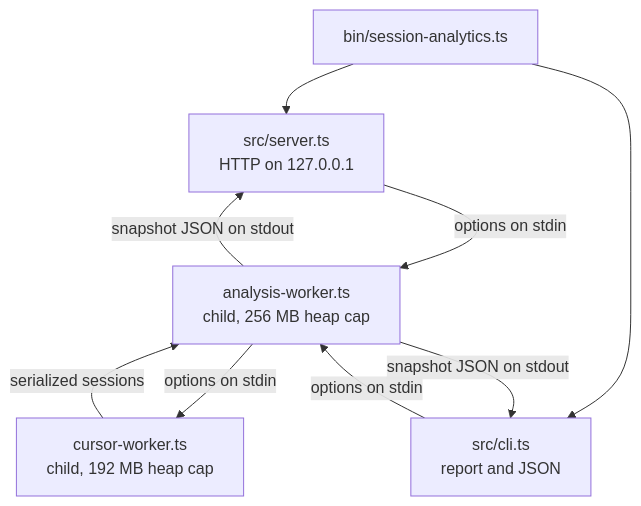
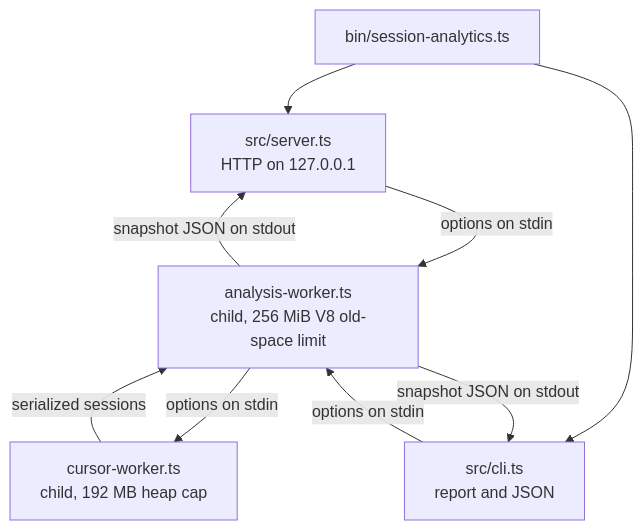
Before and after one commit to rokas-tarasevicius/session-analytics: the diagram in docs/architecture.md, drawn with Mermaid. The commit also changed other lines of this file and 22 other files, not shown here.

````diff
--- a/docs/architecture.md
+++ b/docs/architecture.md
@@ -27,11 +27,11 @@
 ```mermaid
 flowchart TB
   bin["bin/session-analytics.ts"] --> server["src/server.ts<br/>HTTP on 127.0.0.1"]
   bin --> cli["src/cli.ts<br/>report and JSON"]
-  server -- "options on stdin" --> worker["analysis-worker.ts<br/>child, 256 MB heap cap"]
+  server -- "options on stdin" --> worker["analysis-worker.ts<br/>child, 256 MiB V8 old-space limit"]
   cli -- "options on stdin" --> worker
   worker -- "options on stdin" --> cursor["cursor-worker.ts<br/>child, 192 MB heap cap"]
   cursor -- "serialized sessions" --> worker
   worker -- "snapshot JSON on stdout" --> server
   worker -- "snapshot JSON on stdout" --> cli
 ```
````
